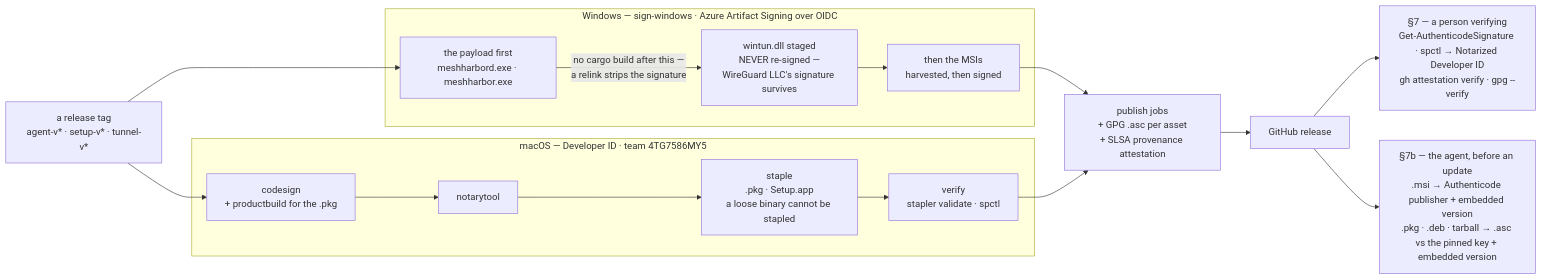
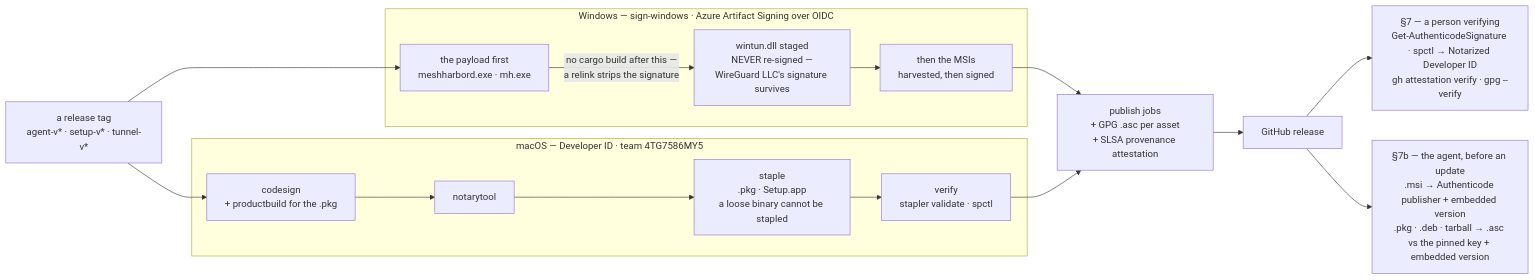
One commit to jk-zhang-meta/MeshHarbor changed the first of 2 diagrams in docs/code-signing.md. Above: the diagram before and after it, drawn with Mermaid. The commit also changed other lines of this file and 323 other files, not shown here.

````diff
--- a/docs/code-signing.md
+++ b/docs/code-signing.md
@@ -158,26 +158,26 @@
 ```mermaid
 graph LR
     TAG["a release tag<br/>agent-v* · setup-v* · tunnel-v*"]
 
     subgraph WIN["Windows — sign-windows · Azure Artifact Signing over OIDC"]
-        W1["the payload first<br/>meshharbord.exe · meshharbor.exe"]
+        W1["the payload first<br/>meshharbord.exe · mh.exe"]
         W2["wintun.dll staged<br/>NEVER re-signed —<br/>WireGuard LLC's signature survives"]
         W3["then the MSIs<br/>harvested, then signed"]
         W1 -->|"no cargo build after this —<br/>a relink strips the signature"| W2 --> W3
     end
 
     subgraph MAC["macOS — Developer ID · team 4TG7586MY5"]
         M1["codesign<br/>+ productbuild for the .pkg"] --> M2["notarytool"]
         M2 --> M3["staple<br/>.pkg · Setup.app<br/>a loose binary cannot be stapled"]
         M3 --> M4["verify<br/>stapler validate · spctl"]
     end
 
     TAG --> W1
     TAG --> M1
     W3 --> PUB
     M4 --> PUB
     PUB["publish jobs<br/>+ GPG .asc per asset<br/>+ SLSA provenance attestation"] --> REL["GitHub release"]
 
     REL --> HUMAN["§7 — a person verifying<br/>Get-AuthenticodeSignature · spctl → Notarized Developer ID<br/>gh attestation verify · gpg --verify"]
     REL --> AGENT["§7b — the agent, before an update<br/>.msi → Authenticode publisher + embedded version<br/>.pkg · .deb · tarball → .asc vs the pinned key + embedded version"]
 ```
````
